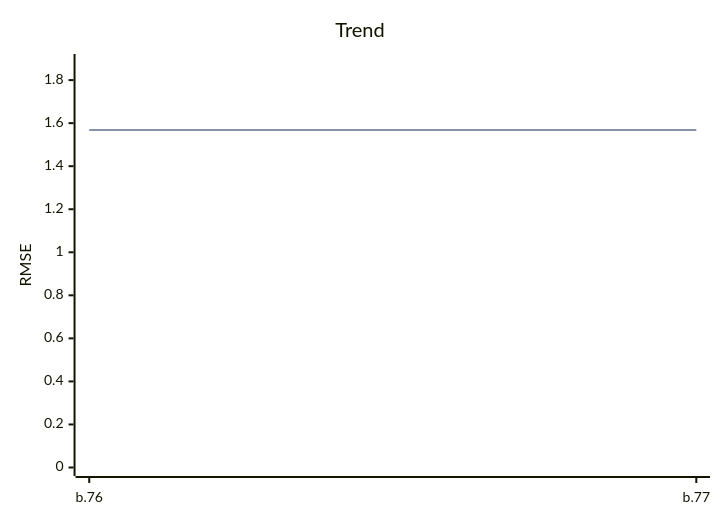
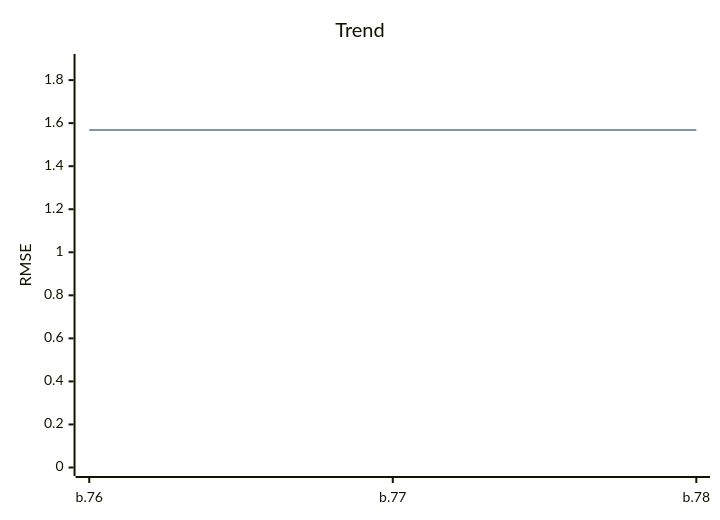
Before and after one commit to timo-eberl/tracy: the first of 2 diagrams in README.md, drawn with Mermaid. The commit also changed 4 other files, not shown here.

````diff
--- a/README.md
+++ b/README.md
@@ -7,8 +7,8 @@
 ```mermaid
 xychart-beta
     title "Trend"
-    x-axis ["b.76", "b.77"]
+    x-axis ["b.76", "b.77", "b.78"]
     y-axis "RMSE" 0 --> 1.8818
-    line [1.5682, 1.5682]
-    line [1.5682, 1.5682]
+    line [1.5682, 1.5682, 1.5682]
+    line [1.5682, 1.5682, 1.5682]
 ```
````
